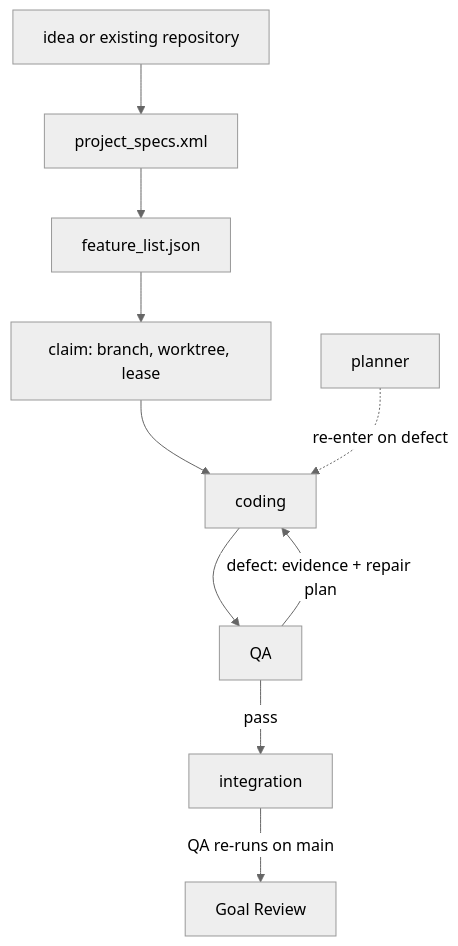
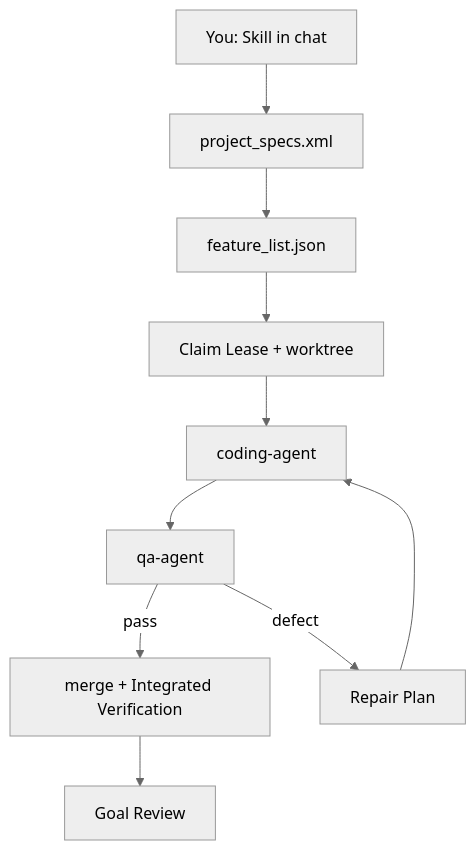
The diagram in README.md (vinicius91carvalho/harness-engineering), drawn with Mermaid (neutral theme) before and after one commit. The commit also changed other lines of this file and 20 other files, not shown here.

````diff
--- a/README.md
+++ b/README.md
@@ -117,12 +66,12 @@
 ```mermaid
 flowchart TD
-    I[idea or existing repository] --> S[project_specs.xml]
-    S --> F[feature_list.json]
-    F --> CL[claim: branch, worktree, lease]
-    CL --> C[coding]
-    C --> QA[QA]
-    QA -->|pass| INT[integration]
-    INT -->|QA re-runs on main| GR[Goal Review]
-    QA -->|defect: evidence + repair plan| C
-    P[planner] -.->|re-enter on defect| C
+  U[You: Skill in chat] --> SPEC[project_specs.xml]
+  SPEC --> Q[feature_list.json]
+  Q --> CL[Claim Lease + worktree]
+  CL --> C[coding-agent]
+  C --> QA[qa-agent]
+  QA -->|pass| INT[merge + Integrated Verification]
+  INT --> GR[Goal Review]
+  QA -->|defect| RP[Repair Plan]
+  RP --> C
 ```
````
